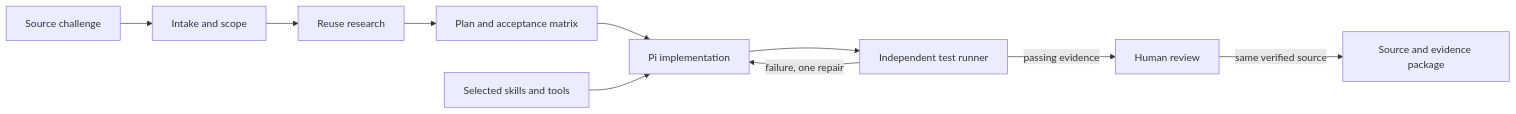
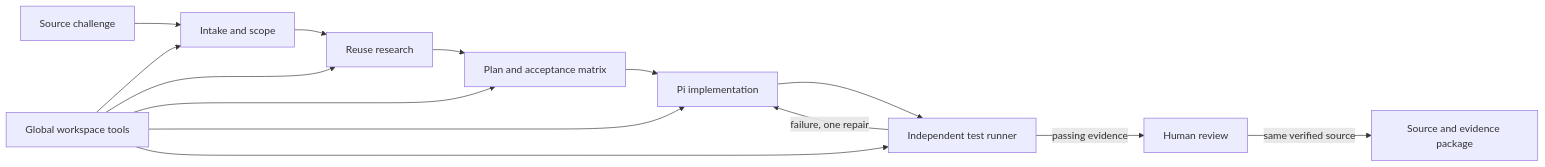
The diagram in docs/pipeline.md (danjung9/FleetHarness), drawn with Mermaid before and after one commit. The commit also changed other lines of this file and 44 other files, not shown here.

````diff
--- a/docs/pipeline.md
+++ b/docs/pipeline.md
@@ -32,12 +32,16 @@
 ```mermaid
 flowchart LR
   C[Source challenge] --> I[Intake and scope]
   I --> R[Reuse research]
   R --> P[Plan and acceptance matrix]
   P --> B[Pi implementation]
-  S[Selected skills and tools] --> B
+  G[Global workspace tools] --> I
+  G --> R
+  G --> P
+  G --> B
+  G --> V
   B --> V[Independent test runner]
   V -->|failure, one repair| B
   V -->|passing evidence| H[Human review]
   H -->|same verified source| D[Source and evidence package]
 ```
````
